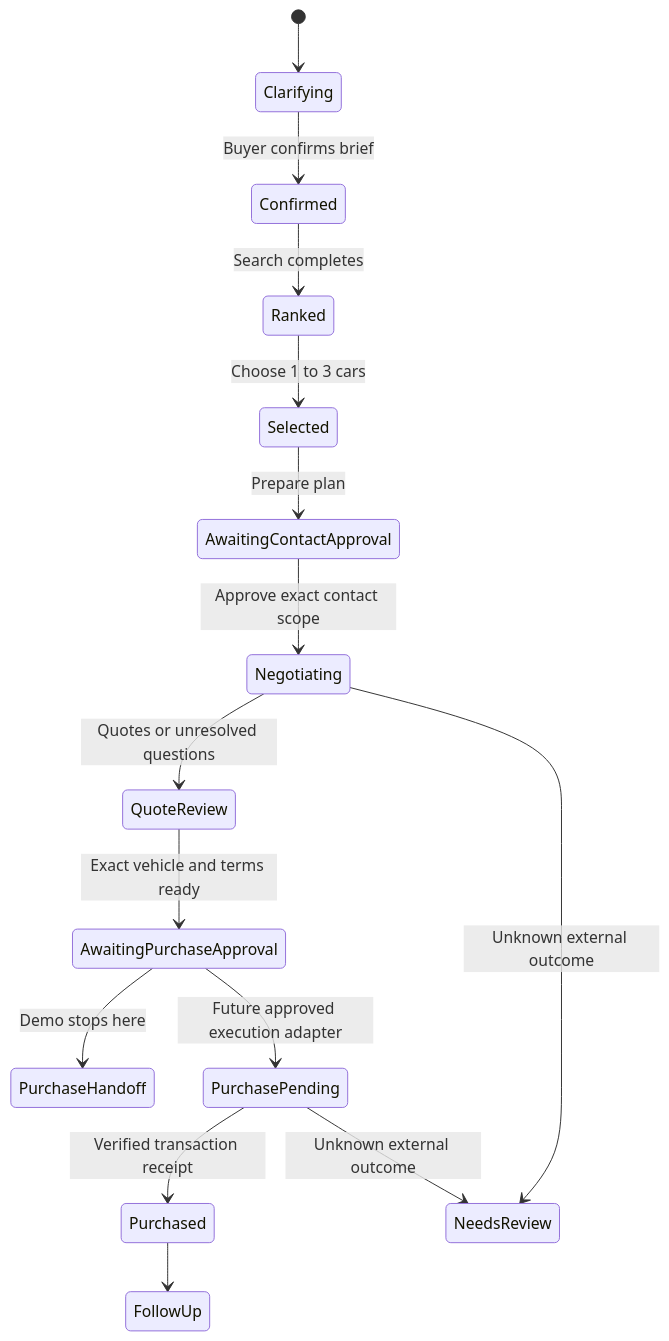
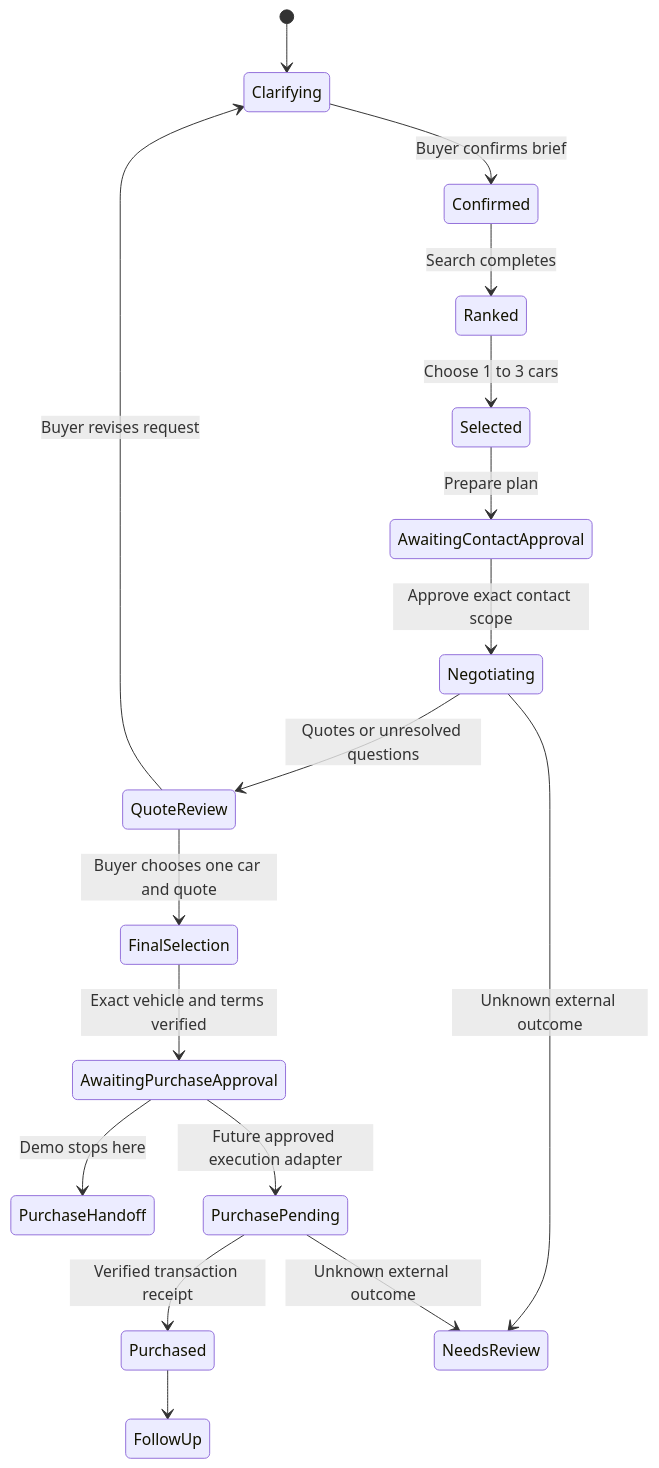
Before and after one commit to benikigai/JEVgotiator: the diagram in BUILD-SPEC.md, drawn with Mermaid. The commit also changed other lines of this file and 4 other files, not shown here.

````diff
--- a/BUILD-SPEC.md
+++ b/BUILD-SPEC.md
@@ -134,17 +143,19 @@
 ```mermaid
 stateDiagram-v2
     [*] --> Clarifying
     Clarifying --> Confirmed: Buyer confirms brief
     Confirmed --> Ranked: Search completes
     Ranked --> Selected: Choose 1 to 3 cars
     Selected --> AwaitingContactApproval: Prepare plan
     AwaitingContactApproval --> Negotiating: Approve exact contact scope
     Negotiating --> QuoteReview: Quotes or unresolved questions
-    QuoteReview --> AwaitingPurchaseApproval: Exact vehicle and terms ready
+    QuoteReview --> FinalSelection: Buyer chooses one car and quote
+    QuoteReview --> Clarifying: Buyer revises request
+    FinalSelection --> AwaitingPurchaseApproval: Exact vehicle and terms verified
     AwaitingPurchaseApproval --> PurchaseHandoff: Demo stops here
     AwaitingPurchaseApproval --> PurchasePending: Future approved execution adapter
     PurchasePending --> Purchased: Verified transaction receipt
     Purchased --> FollowUp
     Negotiating --> NeedsReview: Unknown external outcome
     PurchasePending --> NeedsReview: Unknown external outcome
 ```
````
